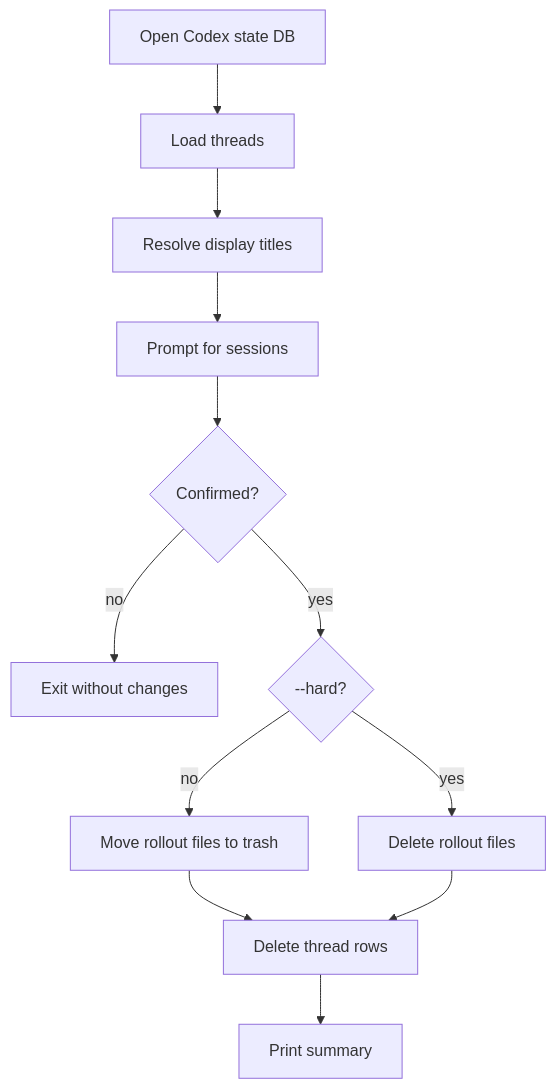
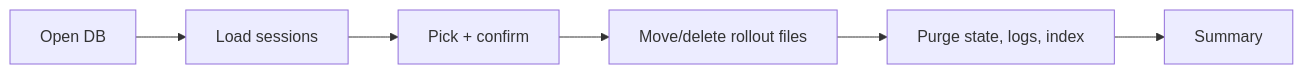
Before and after one commit to lemonbu5h/dexcow: the second of 5 diagrams in README.md, drawn with Mermaid. The commit also changed other lines of this file and 9 other files, not shown here.

Commit message:
fix: purge complete Codex session state (#2)

````diff
--- a/README.md
+++ b/README.md
@@ -44,14 +44,8 @@
 ```mermaid
-flowchart TD
-  A["Open Codex state DB"] --> B["Load threads"]
-  B --> C["Resolve display titles"]
-  C --> D["Prompt for sessions"]
-  D --> E{"Confirmed?"}
-  E -->|"no"| F["Exit without changes"]
-  E -->|"yes"| G{"--hard?"}
-  G -->|"no"| H["Move rollout files to trash"]
-  G -->|"yes"| I["Delete rollout files"]
-  H --> J["Delete thread rows"]
-  I --> J
-  J --> K["Print summary"]
+flowchart LR
+  A["Open DB"] --> B["Load sessions"]
+  B --> C["Pick + confirm"]
+  C --> D["Move/delete rollout files"]
+  D --> E["Purge state, logs, index"]
+  E --> F["Summary"]
 ```
````
